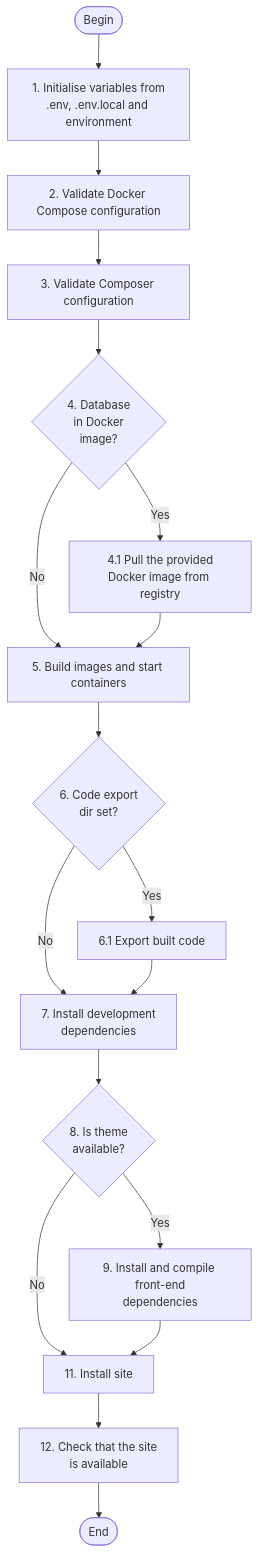
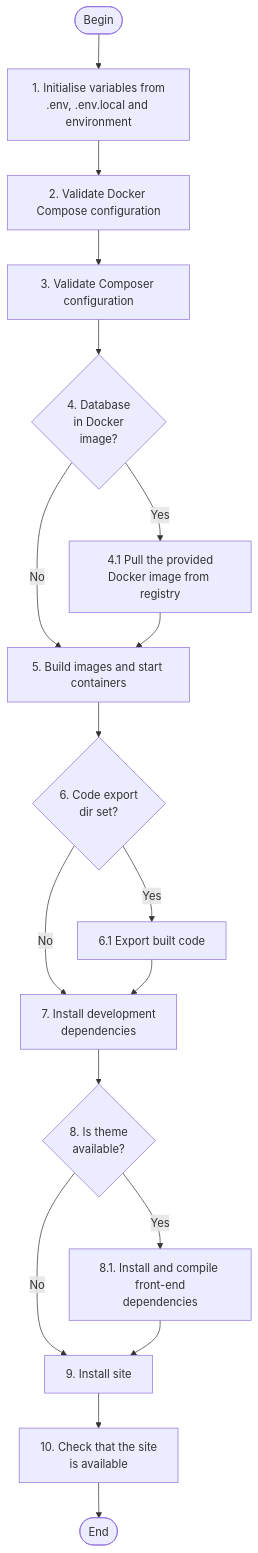
Before and after one commit to drevops/vortex: the diagram in scripts/drevops/docs/usage/build.md, drawn with Mermaid. The commit also changed other lines of this file and 16 other files, not shown here.

````diff
--- a/scripts/drevops/docs/usage/build.md
+++ b/scripts/drevops/docs/usage/build.md
@@ -18,28 +28,28 @@
 ```mermaid
 flowchart TB
   start(["Begin"]) --> A["1. Initialise variables from\n.env, .env.local and environment"]
 
   A --> B["2. Validate Docker Compose configuration"]
   B --> C["3. Validate Composer configuration"]
 
   C --> F{"4. Database\nin Docker\nimage?"}
   F -- Yes --> G["4.1 Pull the provided\nDocker image from registry"]
   F -- No --> H
 
   G --> H["5. Build images and start containers"]
 
   H --> H1{"6. Code export\ndir set?"}
   H1 -- Yes --> I["6.1 Export built code"]
   H1 -- No --> K
 
   I --> K["7. Install development\ndependencies"]
 
   K --> L{"8. Is theme\navailable?"}
-  L -- Yes --> M["9. Install and compile front-end\ndependencies"]
-  L -- No --> N["10. Install site"]
-  M --> N["11. Install site"]
+  L -- Yes --> M["8.1. Install and compile front-end\ndependencies"]
+  L -- No --> N["9. Install site"]
+  M --> N["9. Install site"]
 
-  N --> P["12. Check that the site\nis available"]
+  N --> P["10. Check that the site\nis available"]
 
   P --> finish(["End"])
 ```
````
